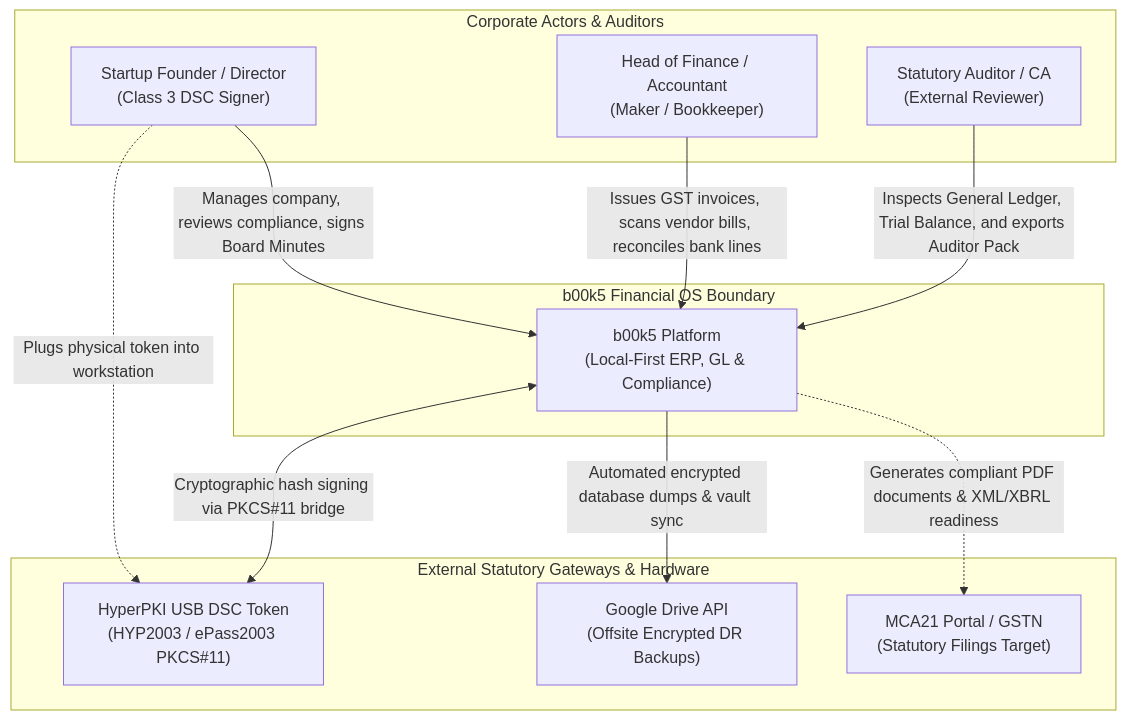
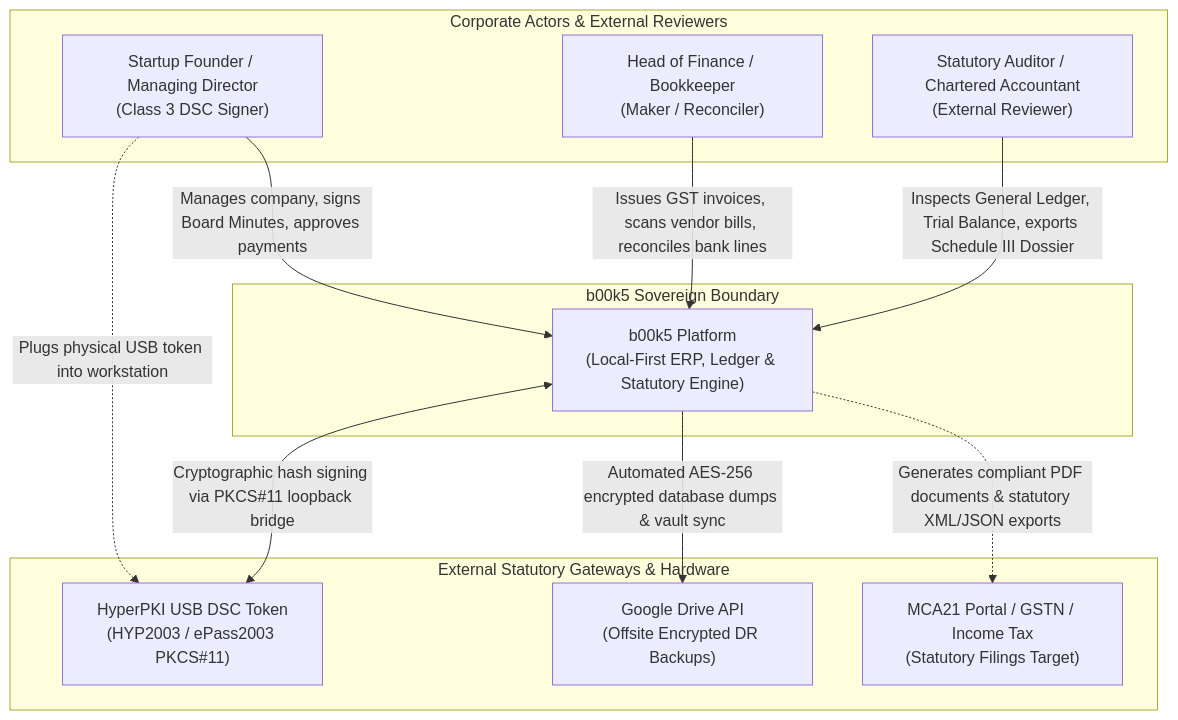
Before and after one commit to aryix-hq/b00k5: the first of 7 diagrams in docs/ARCHITECTURE.md, drawn with Mermaid. The commit also changed other lines of this file and 162 other files, not shown here.

````diff
--- a/docs/ARCHITECTURE.md
+++ b/docs/ARCHITECTURE.md
@@ -21,27 +22,27 @@
 ```mermaid
 flowchart TD
-    subgraph Users ["Corporate Actors & Auditors"]
-        Founder["Startup Founder / Director<br/>(Class 3 DSC Signer)"]
-        Accountant["Head of Finance / Accountant<br/>(Maker / Bookkeeper)"]
-        Auditor["Statutory Auditor / CA<br/>(External Reviewer)"]
+    subgraph Users ["Corporate Actors & External Reviewers"]
+        Founder["Startup Founder / Managing Director<br/>(Class 3 DSC Signer)"]
+        Accountant["Head of Finance / Bookkeeper<br/>(Maker / Reconciler)"]
+        Auditor["Statutory Auditor / Chartered Accountant<br/>(External Reviewer)"]
     end
 
-    subgraph Platform ["b00k5 Financial OS Boundary"]
-        b00k5App["b00k5 Platform<br/>(Local-First ERP, GL & Compliance)"]
+    subgraph Platform ["b00k5 Sovereign Boundary"]
+        b00k5App["b00k5 Platform<br/>(Local-First ERP, Ledger & Statutory Engine)"]
     end
 
     subgraph ExternalSystems ["External Statutory Gateways & Hardware"]
         HSMToken["HyperPKI USB DSC Token<br/>(HYP2003 / ePass2003 PKCS#11)"]
         GoogleDrive["Google Drive API<br/>(Offsite Encrypted DR Backups)"]
-        MCA["MCA21 Portal / GSTN<br/>(Statutory Filings Target)"]
+        MCA["MCA21 Portal / GSTN / Income Tax<br/>(Statutory Filings Target)"]
     end
 
-    Founder -->|"Manages company, reviews compliance, signs Board Minutes"| b00k5App
+    Founder -->|"Manages company, signs Board Minutes, approves payments"| b00k5App
     Accountant -->|"Issues GST invoices, scans vendor bills, reconciles bank lines"| b00k5App
-    Auditor -->|"Inspects General Ledger, Trial Balance, and exports Auditor Pack"| b00k5App
+    Auditor -->|"Inspects General Ledger, Trial Balance, exports Schedule III Dossier"| b00k5App
 
-    Founder -.->|"Plugs physical token into workstation"| HSMToken
-    b00k5App <-->|"Cryptographic hash signing via PKCS#11 bridge"| HSMToken
-    b00k5App -->|"Automated encrypted database dumps & vault sync"| GoogleDrive
-    b00k5App -.->|"Generates compliant PDF documents & XML/XBRL readiness"| MCA
+    Founder -.->|"Plugs physical USB token into workstation"| HSMToken
+    b00k5App <-->|"Cryptographic hash signing via PKCS#11 loopback bridge"| HSMToken
+    b00k5App -->|"Automated AES-256 encrypted database dumps & vault sync"| GoogleDrive
+    b00k5App -.->|"Generates compliant PDF documents & statutory XML/JSON exports"| MCA
 ```
````
